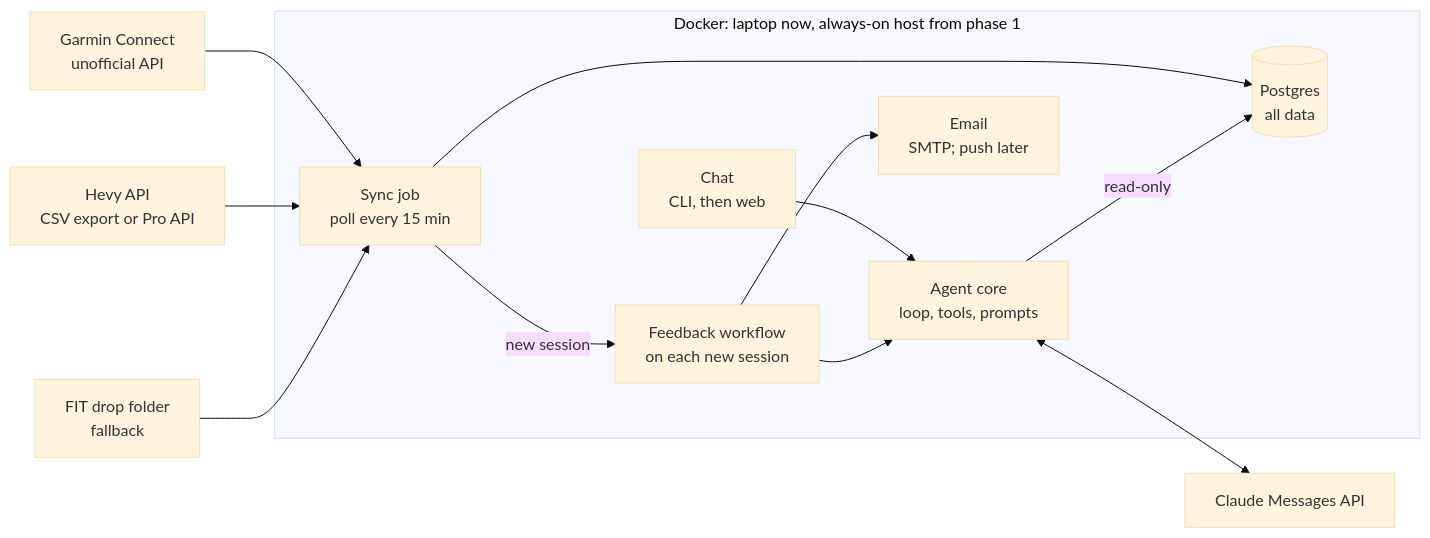
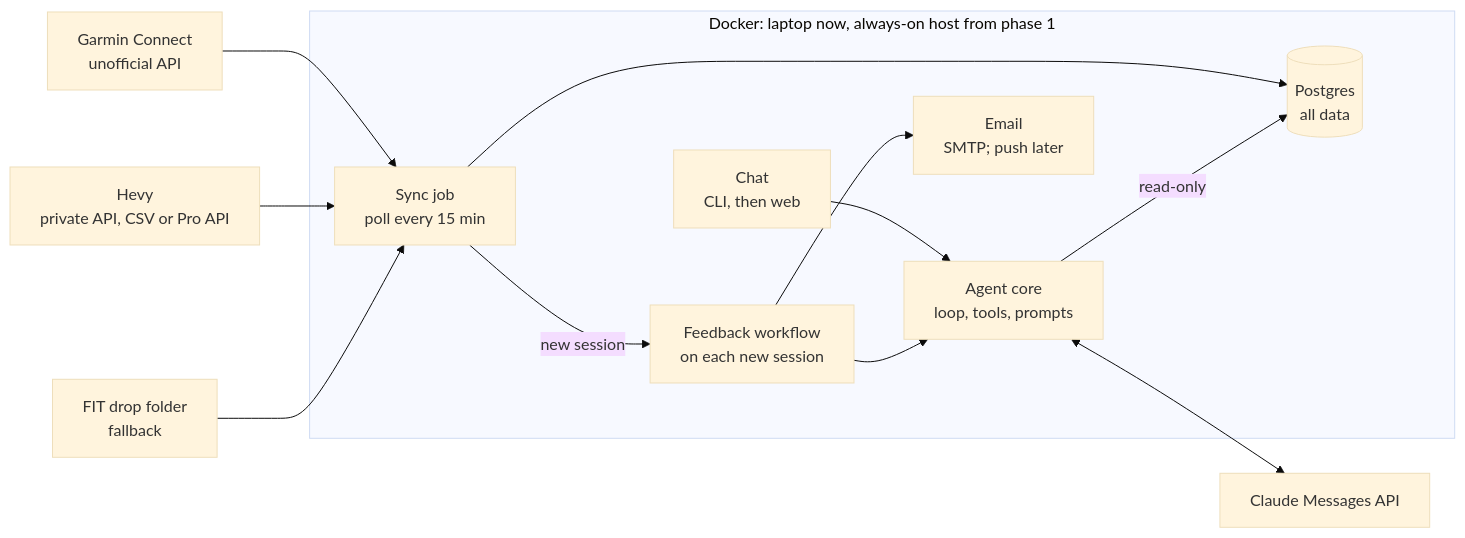
The diagram in Plan.md (asierba/sasoi), drawn with Mermaid (base theme) before and after one commit. The commit also changed other lines of this file and 2 other files, not shown here.

First line of the commit message:
feat: spike the Hevy private web API as the strength source

````diff
--- a/Plan.md
+++ b/Plan.md
@@ -48,27 +49,27 @@
 ```mermaid
 flowchart LR
     garmin["Garmin Connect<br/>unofficial API"]
-    hevy["Hevy API<br/>CSV export or Pro API"]
+    hevy["Hevy<br/>private API, CSV or Pro API"]
     fit["FIT drop folder<br/>fallback"]
     claude["Claude Messages API"]
 
     subgraph docker["Docker: laptop now, always-on host from phase 1"]
         sync["Sync job<br/>poll every 15 min"]
         pg[("Postgres<br/>all data")]
         chat["Chat<br/>CLI, then web"]
         agent["Agent core<br/>loop, tools, prompts"]
         feedback["Feedback workflow<br/>on each new session"]
         email["Email<br/>SMTP; push later"]
     end
 
     garmin --> sync
     hevy --> sync
     fit --> sync
     sync --> pg
     sync -- new session --> feedback
     chat --> agent
     agent -- read-only --> pg
     feedback --> agent
     feedback --> email
     agent <--> claude
 ```
````
